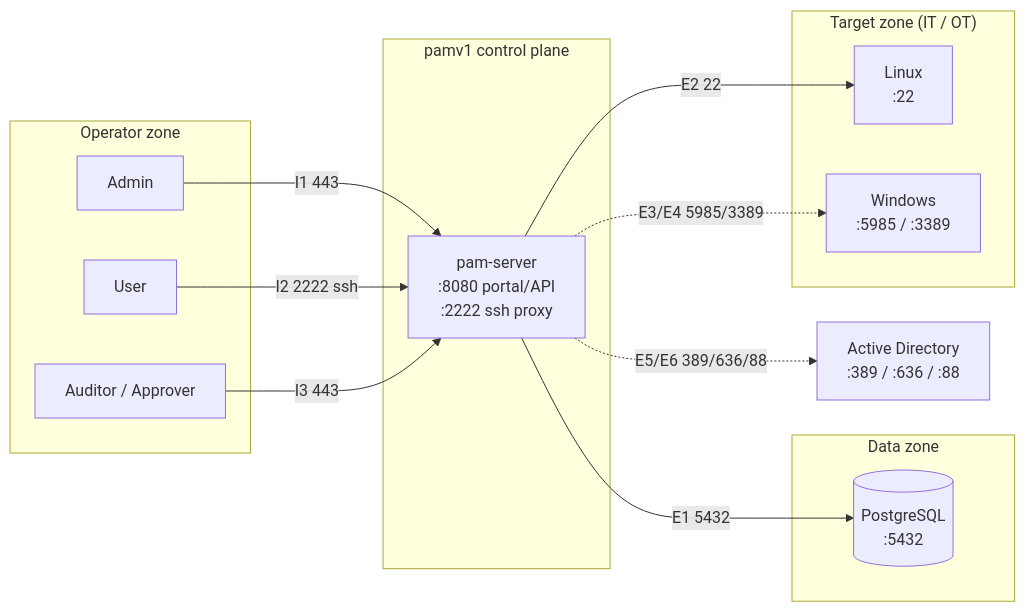
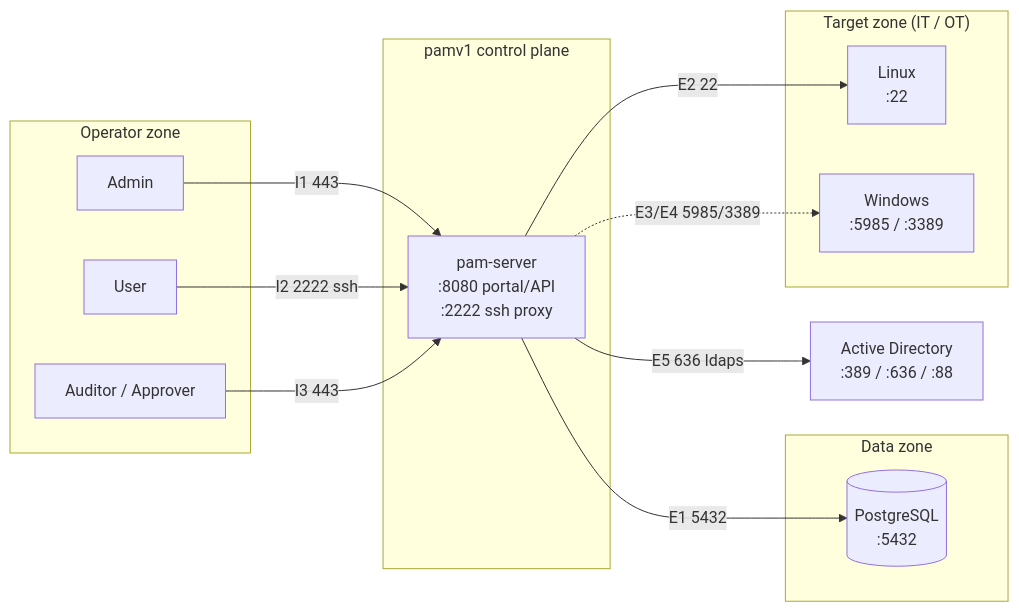
The diagram in docs/PORTS-AND-FLOWS.md (morandeirachema/pamv1), drawn with Mermaid before and after one commit. The commit also changed other lines of this file and 24 other files, not shown here.

````diff
--- a/docs/PORTS-AND-FLOWS.md
+++ b/docs/PORTS-AND-FLOWS.md
@@ -61,27 +61,27 @@
 ```mermaid
 flowchart LR
     subgraph OPS["Operator zone"]
         A["Admin"]
         U["User"]
         R["Auditor / Approver"]
     end
     subgraph PAM["pamv1 control plane"]
         S["pam-server<br/>:8080 portal/API<br/>:2222 ssh proxy"]
     end
     subgraph DATA["Data zone"]
         DB[("PostgreSQL<br/>:5432")]
     end
     subgraph TGT["Target zone (IT / OT)"]
         L["Linux<br/>:22"]
         W["Windows<br/>:5985 / :3389"]
     end
     ID["Active Directory<br/>:389 / :636 / :88"]
 
     A -->|"I1 443"| S
     U -->|"I2 2222 ssh"| S
     R -->|"I3 443"| S
     S -->|"E1 5432"| DB
     S -->|"E2 22"| L
     S -.->|"E3/E4 5985/3389"| W
-    S -.->|"E5/E6 389/636/88"| ID
+    S -->|"E5 636 ldaps"| ID
 ```
````
